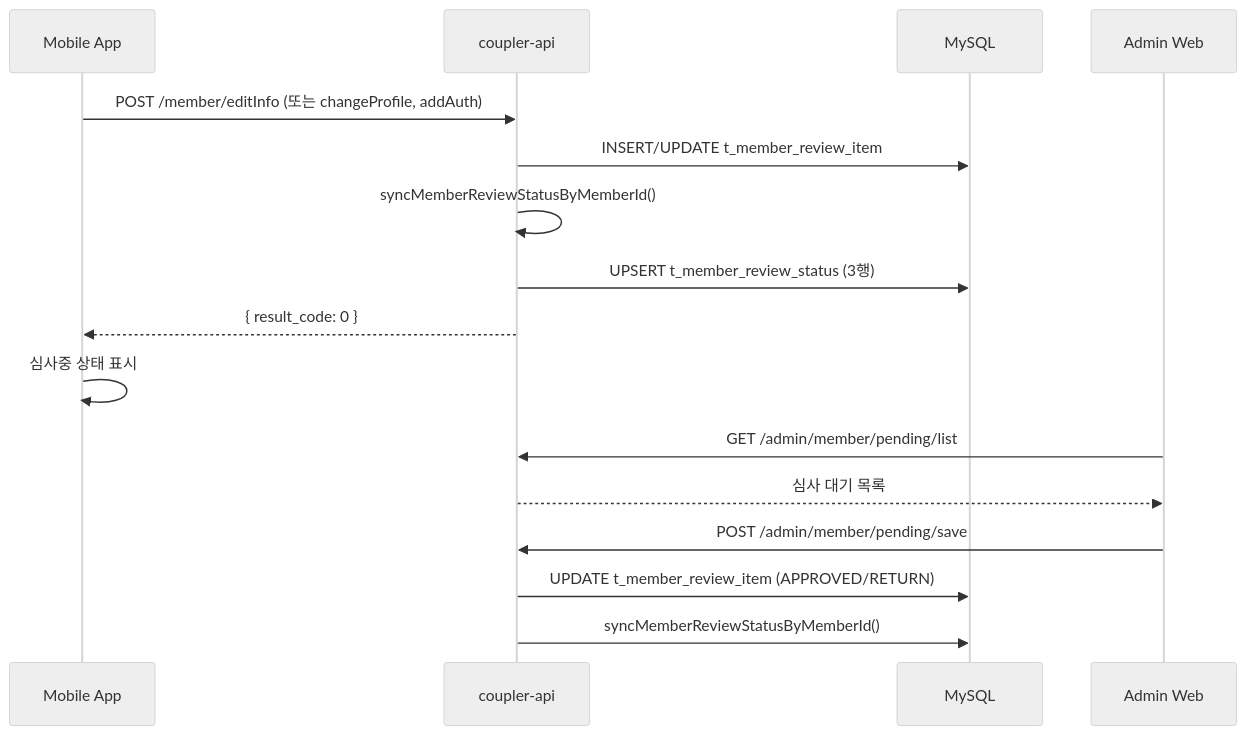
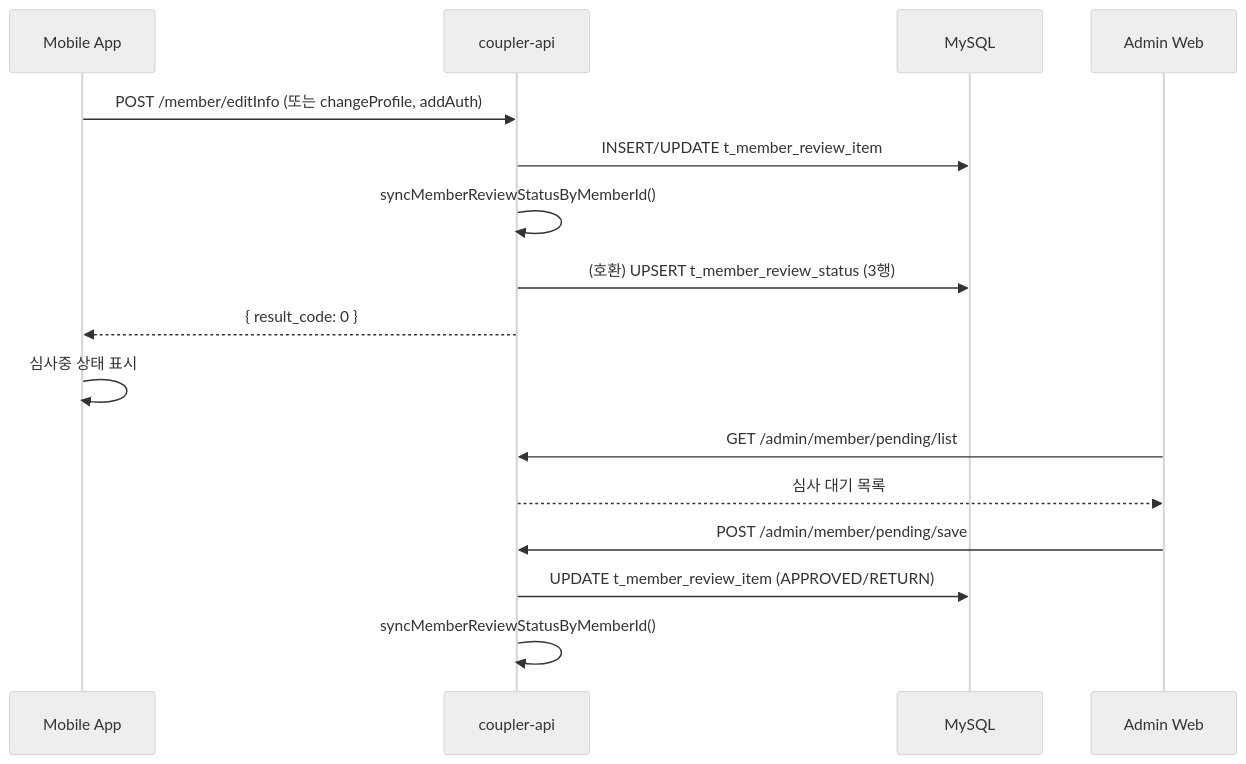
Before and after one commit to coupler-developer/docs: the diagram in content/flows/cross-project/profile-management-flow.md, drawn with Mermaid (neutral theme). The commit also changed other lines of this file and 2 other files, not shown here.

Commit message:
docs: 심사 상태 SoT 문서 정합성 반영
Changes:
- member-review-fsm에서 심사 판정 SoT를 v_member_review_status로 명시
- t_member_review_status를 호환 스냅샷으로 제한하는 규칙/금지사항 추가
- profile-management-flow와 technical-debt에 동일 기준 반영

Tests:
- not run: 문서 변경

````diff
--- a/content/flows/cross-project/profile-management-flow.md
+++ b/content/flows/cross-project/profile-management-flow.md
@@ -33,20 +33,20 @@
 ```mermaid
 sequenceDiagram
     participant App as Mobile App
     participant API as coupler-api
     participant DB as MySQL
     participant Admin as Admin Web
 
     App->>API: POST /member/editInfo (또는 changeProfile, addAuth)
     API->>DB: INSERT/UPDATE t_member_review_item
     API->>API: syncMemberReviewStatusByMemberId()
-    API->>DB: UPSERT t_member_review_status (3행)
+    API->>DB: (호환) UPSERT t_member_review_status (3행)
     API-->>App: { result_code: 0 }
     App->>App: 심사중 상태 표시
 
     Admin->>API: GET /admin/member/pending/list
     API-->>Admin: 심사 대기 목록
     Admin->>API: POST /admin/member/pending/save
     API->>DB: UPDATE t_member_review_item (APPROVED/RETURN)
-    API->>DB: syncMemberReviewStatusByMemberId()
+    API->>API: syncMemberReviewStatusByMemberId()
 ```
````
